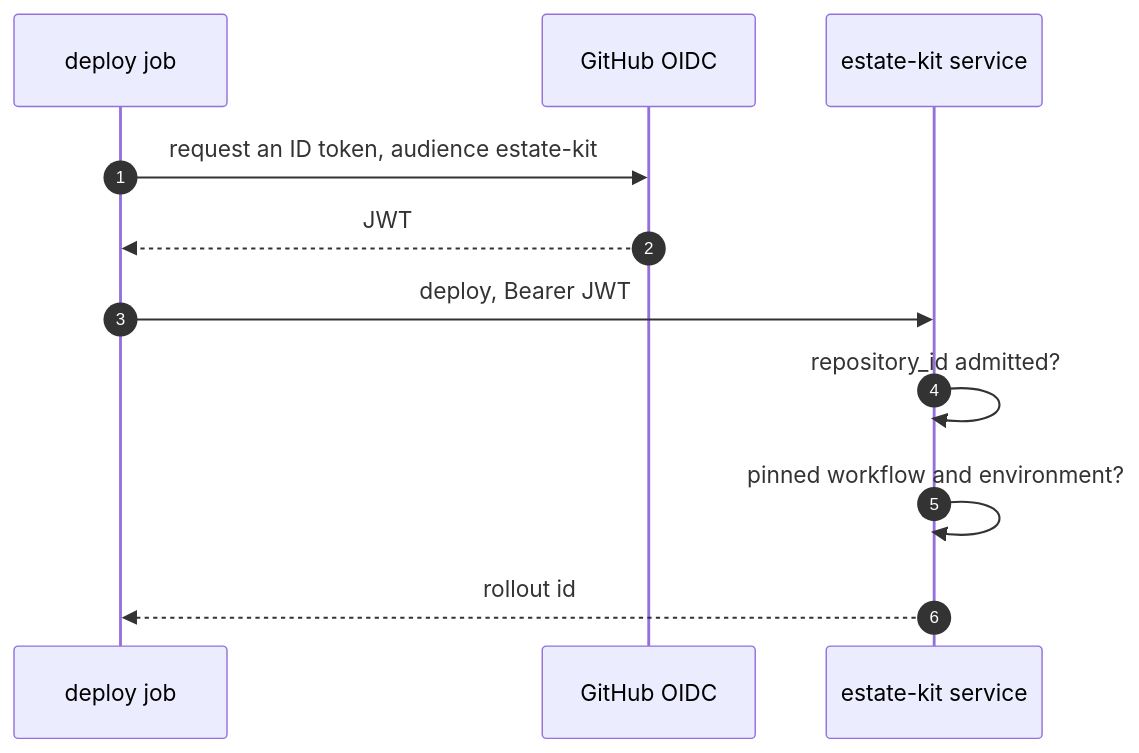
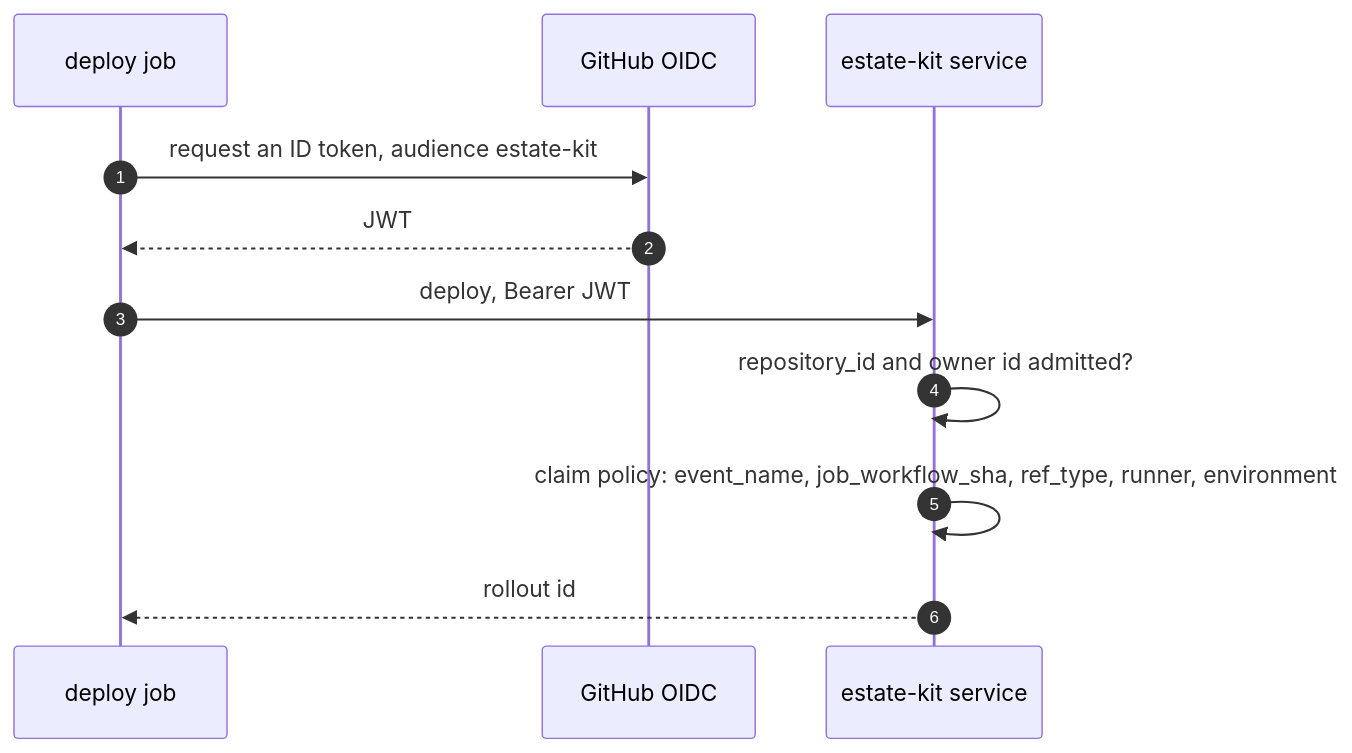
Before and after one commit to JorisJonkers-dev/estate-kit: the diagram in docs/diagrams/raw/seq-auth.mmd, drawn with Mermaid. The commit also changed 76 other files, not shown here.

```diff
--- a/docs/diagrams/raw/seq-auth.mmd
+++ b/docs/diagrams/raw/seq-auth.mmd
@@ -1,12 +1,12 @@
 %% title: Authenticate a deploy call with a GitHub OIDC token
 sequenceDiagram
     autonumber
     participant CI as deploy job
     participant GO as GitHub OIDC
     participant S as estate-kit service
     CI->>GO: request an ID token, audience estate-kit
     GO-->>CI: JWT
     CI->>S: deploy, Bearer JWT
-    S->>S: repository_id admitted?
-    S->>S: pinned workflow and environment?
+    S->>S: repository_id and owner id admitted?
+    S->>S: claim policy: event_name, job_workflow_sha, ref_type, runner, environment
     S-->>CI: rollout id
```
